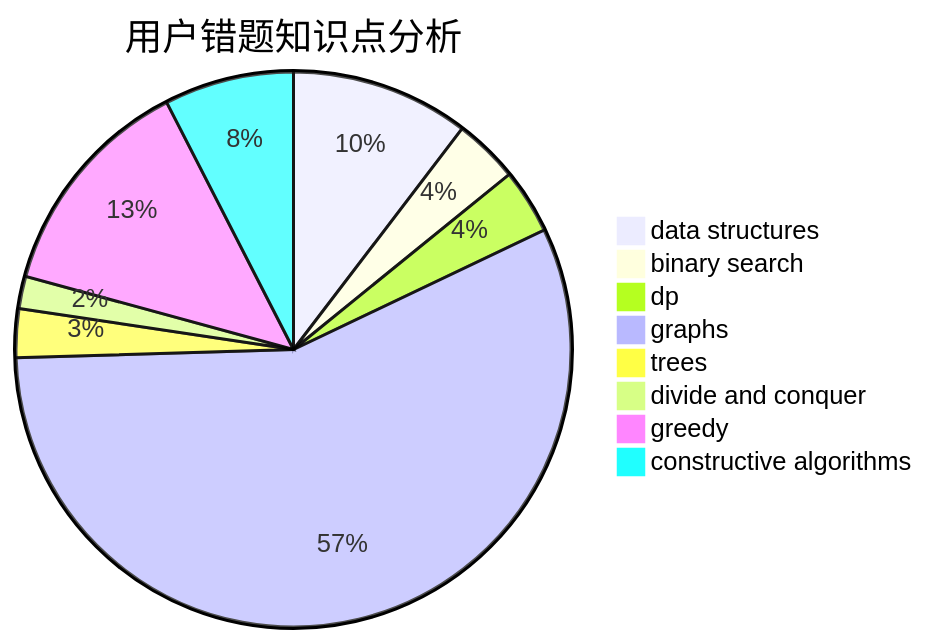
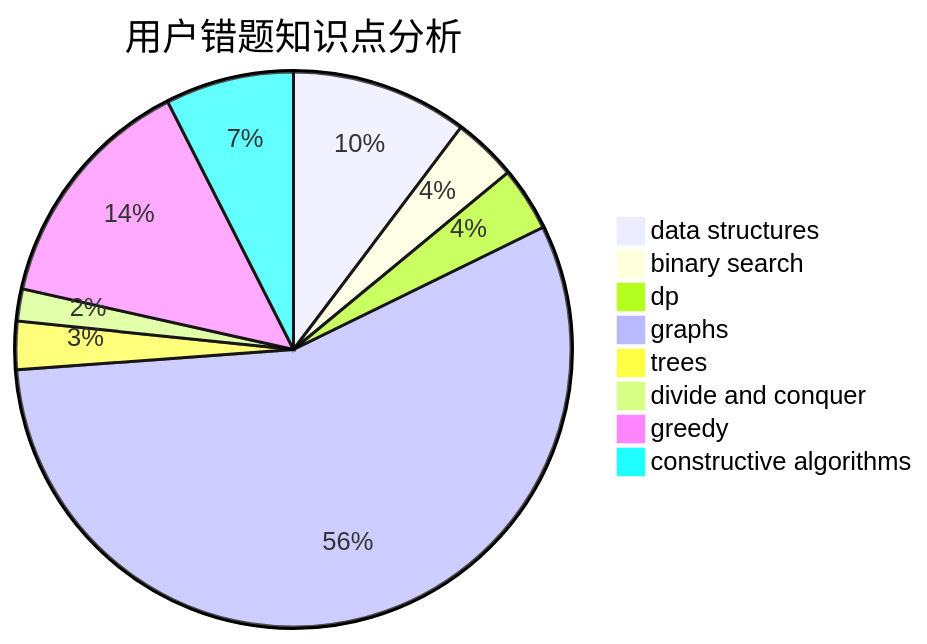
The third of 3 diagrams in docs/user/u2034.md (sherpahu/cfrs.github.io), drawn with Mermaid before and after one commit. The commit also changed other lines of this file and 2770 other files, not shown here.

````diff
--- a/docs/user/u2034.md
+++ b/docs/user/u2034.md
@@ -36,11 +36,11 @@
 ```mermaid
 pie title 用户错题知识点分析
     "data structures" :  11
     "binary search" :  4
     "dp" :  4
     "graphs" :  60
     "trees" :  3
     "divide and conquer" :  2
-    "greedy" :  14
+    "greedy" :  15
     "constructive algorithms" :  8
 ```
````
